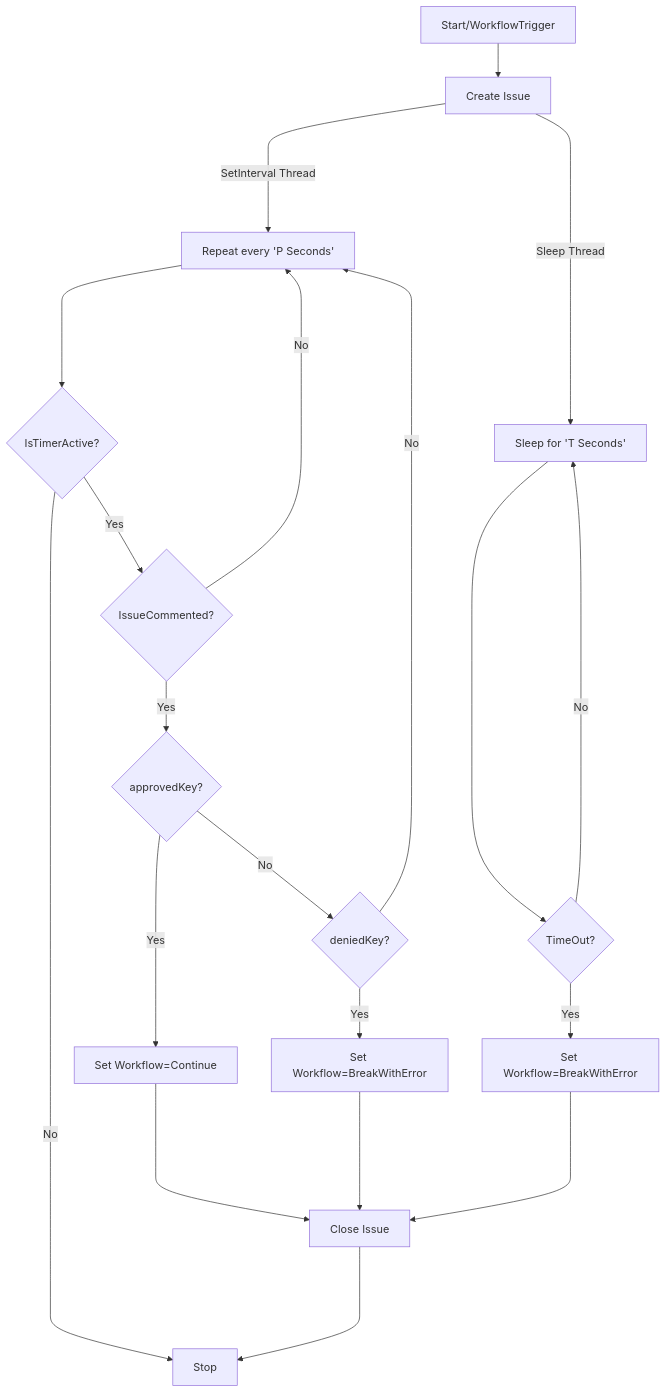
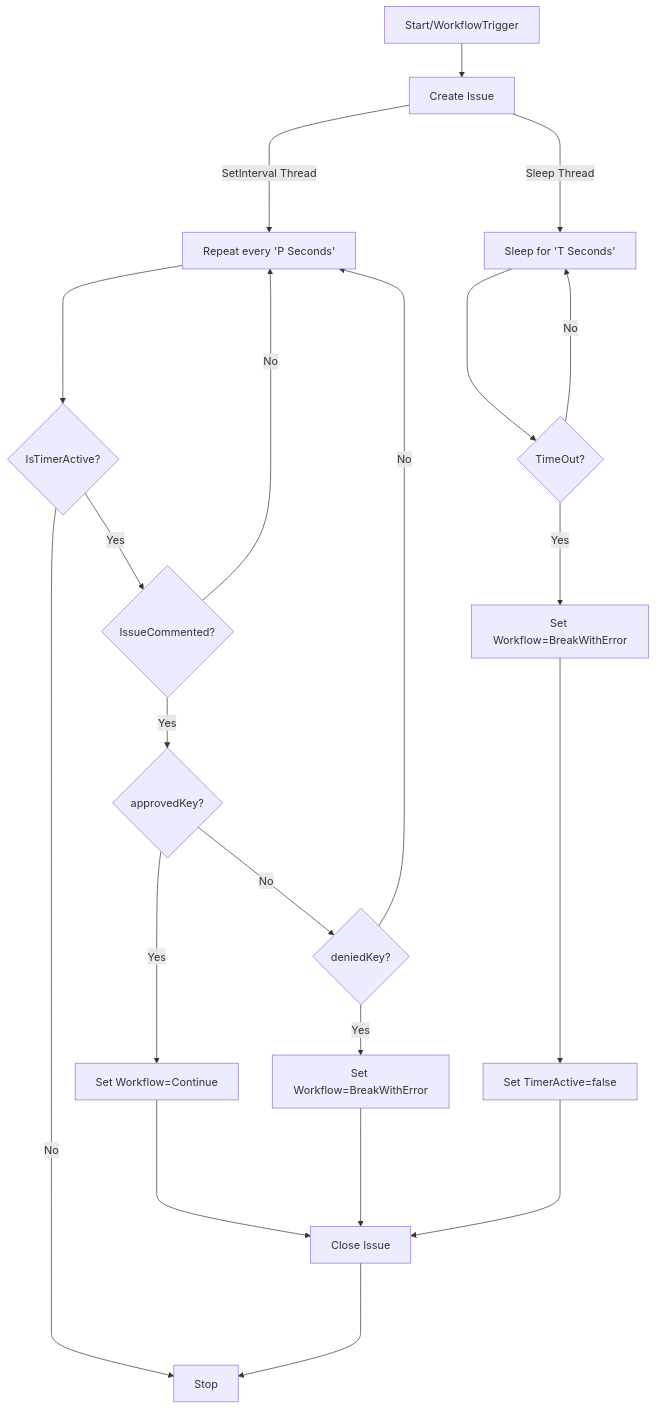
The diagram in README.md (yog-labs/custom-starter-template), drawn with Mermaid before and after one commit.

````diff
--- a/README.md
+++ b/README.md
@@ -45,22 +45,23 @@
 ```mermaid
 flowchart TD
    A[Start/WorkflowTrigger] --> B[Create Issue];
     B ----> |SetInterval Thread| C1[Repeat every 'P Seconds'];
     B ----> |Sleep Thread| C2[Sleep for 'T Seconds'];
     C1 ----> C1A{IsTimerActive?};
     C1A -- No --> Stop[Stop]
     C1A -- Yes --> C1B{IssueCommented?}
     C1B -- No --> C1
     C1B -- Yes --> C1C{approvedKey?}
     C1C -- Yes --> C1D[Set Workflow=Continue]
     C1D ---->  I[Close Issue]
     C1C -- No --> C1E{deniedKey?}
     C1E -- Yes --> C1F[Set Workflow=BreakWithError]
     C1E -- No --> C1
     C1F ----> I[Close Issue]
     I ----> Stop[Stop]
     C2 ----> C2A{TimeOut?}
     C2A -- Yes --> C2B[Set Workflow=BreakWithError]
+    C2B ----> C2C[Set TimerActive=false]
     C2A -- No --> C2
-    C2B ----> I
+    C2C ----> I
 ```
````
